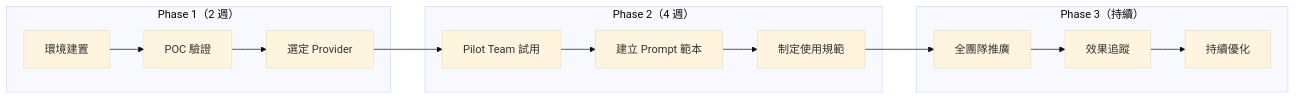
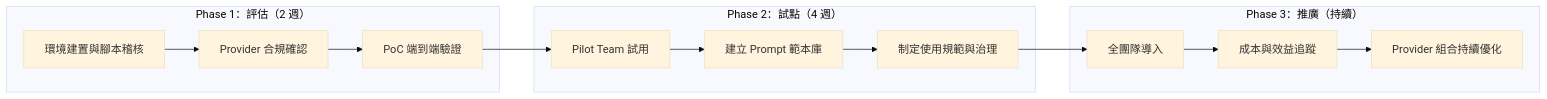
One commit to chihhung/Blog changed diagram 17 of 27 in content/posts/教學/AI開發/free-claude-code 教學手冊.md. Above: the diagram before and after it, drawn with Mermaid (base theme). The commit also changed other lines of this file and 1 other file, not shown here.

````diff
--- a/content/posts/教學/AI開發/free-claude-code 教學手冊.md
+++ b/content/posts/教學/AI開發/free-claude-code 教學手冊.md
@@ -1560,22 +2383,22 @@
 ```mermaid
 graph LR
-    subgraph "Phase 1（2 週）"
-        P1A[環境建置]
-        P1B[POC 驗證]
-        P1C[選定 Provider]
+    subgraph P1["Phase 1：評估（2 週）"]
+        P1A[環境建置與腳本稽核]
+        P1B[Provider 合規確認]
+        P1C[PoC 端到端驗證]
     end
 
-    subgraph "Phase 2（4 週）"
+    subgraph P2["Phase 2：試點（4 週）"]
         P2A[Pilot Team 試用]
-        P2B[建立 Prompt 範本]
-        P2C[制定使用規範]
+        P2B[建立 Prompt 範本庫]
+        P2C[制定使用規範與治理]
     end
 
-    subgraph "Phase 3（持續）"
-        P3A[全團隊推廣]
-        P3B[效果追蹤]
-        P3C[持續優化]
+    subgraph P3["Phase 3：推廣（持續）"]
+        P3A[全團隊導入]
+        P3B[成本與效益追蹤]
+        P3C[Provider 組合持續優化]
     end
 
     P1A --> P1B --> P1C --> P2A --> P2B --> P2C --> P3A --> P3B --> P3C
 ```
````
